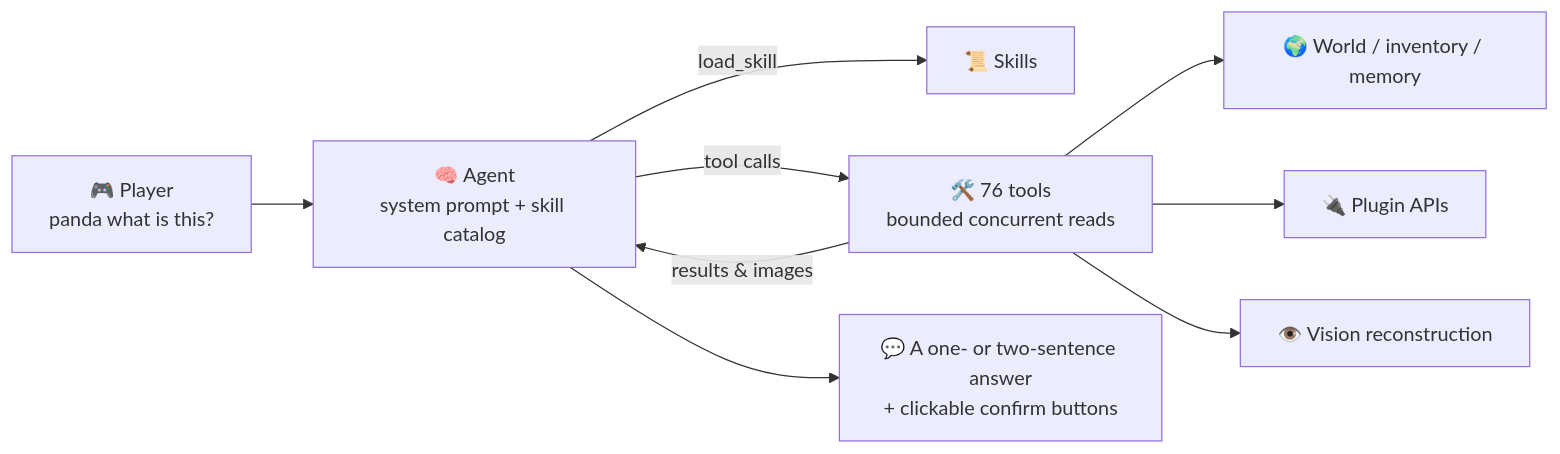
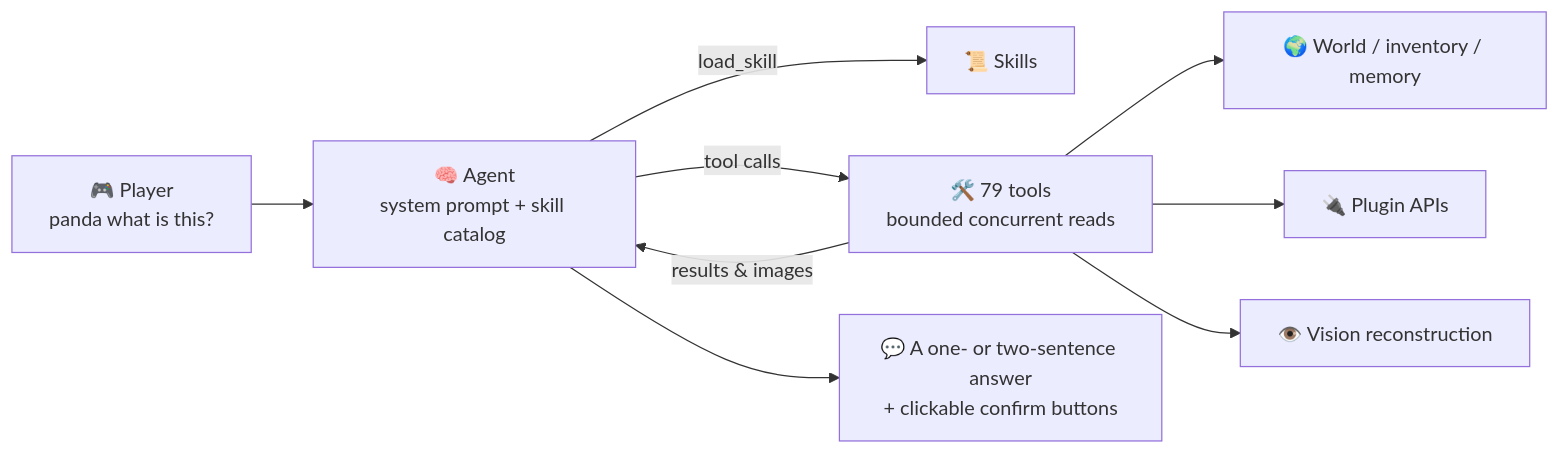
Before and after one commit to obsidianplusplus/PandaGPT: the diagram in docs/wiki/en/Home.md, drawn with Mermaid. The commit also changed other lines of this file and 51 other files, not shown here.

````diff
--- a/docs/wiki/en/Home.md
+++ b/docs/wiki/en/Home.md
@@ -64,11 +65,11 @@
 ```mermaid
 flowchart LR
     P["🎮 Player<br/>panda what is this?"] --> A["🧠 Agent<br/>system prompt + skill catalog"]
     A -->|load_skill| S["📜 Skills"]
-    A -->|tool calls| T["🛠️ 76 tools<br/>bounded concurrent reads"]
+    A -->|tool calls| T["🛠️ 79 tools<br/>bounded concurrent reads"]
     T --> W["🌍 World / inventory / memory"]
     T --> I["🔌 Plugin APIs"]
     T --> V["👁️ Vision reconstruction"]
     T -->|results & images| A
     A --> R["💬 A one- or two-sentence answer<br/>+ clickable confirm buttons"]
 ```
````
